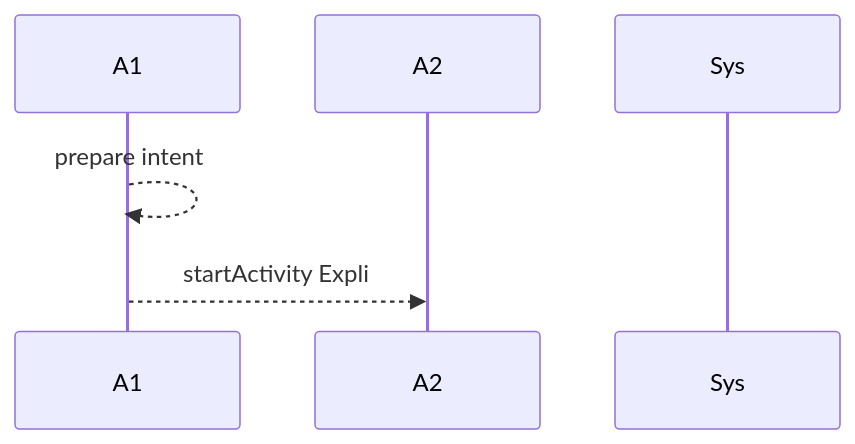
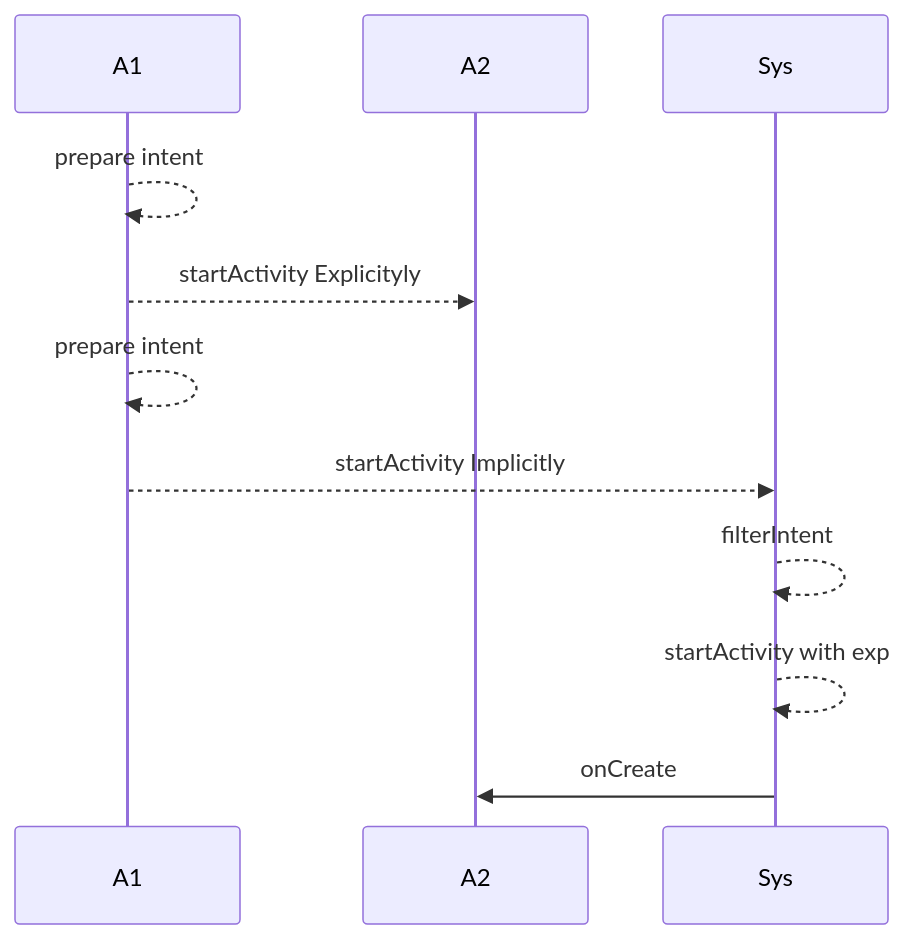
The first of 5 diagrams in flutter/android_to_flutter.md (gordianknotC/nxp_note), drawn with Mermaid before and after one commit. The commit also changed other lines of this file, not shown here.

Commit message:
flutter/android_to_flutter.md updated from https://stackedit.io/

````diff
--- a/flutter/android_to_flutter.md
+++ b/flutter/android_to_flutter.md
@@ -1,9 +1,15 @@
 ```mermaid
 sequenceDiagram
 participant A1
 participant A2
 participant Sys
 
 A1 -->> A1: prepare intent
-A1 -->> A2: startActivity Expli
+A1 -->> A2: startActivity Explicityly
+
+A1 -->> A1: prepare intent
+A1 -->> Sys: startActivity Implicitly
+Sys-->> Sys: filterIntent
+Sys-->> Sys: startActivity with exp
+Sys ->> A2: onCreate
 ```
````
